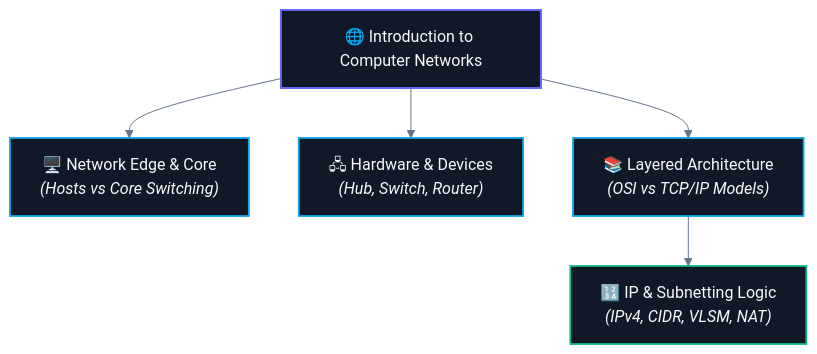
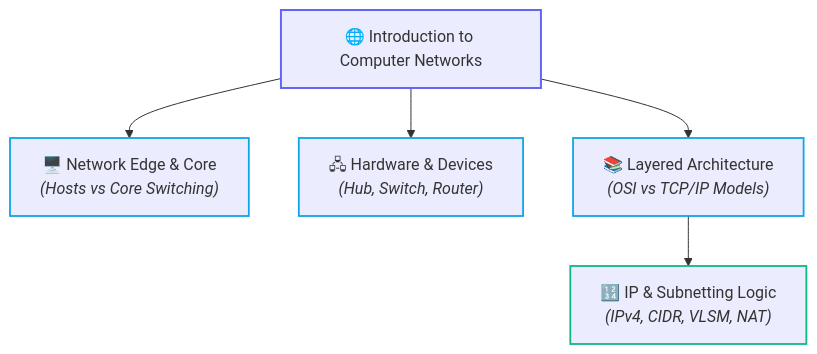
The fifth of 5 diagrams in CS/Computer Networking/01. Architecture & Fundamentals/01. Introduction to Computer Networks.md (abhinavbharti2345/CS_Notes), drawn with Mermaid before and after one commit. The commit also changed other lines of this file and 91 other files, not shown here.

````diff
--- a/CS/Computer Networking/01. Architecture & Fundamentals/01. Introduction to Computer Networks.md
+++ b/CS/Computer Networking/01. Architecture & Fundamentals/01. Introduction to Computer Networks.md
@@ -206,19 +199,18 @@
 ```mermaid
-%%{init: {'theme': 'base', 'themeVariables': { 'darkMode': true, 'background': '#0B0F14', 'mainBkg': '#111827', 'primaryColor': '#111827', 'primaryTextColor': '#F8FAFC', 'primaryBorderColor': '#38BDF8', 'lineColor': '#64748B', 'secondaryColor': '#0B0F14', 'tertiaryColor': '#0B0F14', 'clusterBkg': '#0B0F14', 'clusterBorder': '#38BDF8' }}}%%
 graph TD
     Intro["🌐 Introduction to Computer Networks"]
     
     Intro --> Edge["🖥️ Network Edge & Core<br><i>(Hosts vs Core Switching)</i>"]
     Intro --> HW["🖧 Hardware & Devices<br><i>(Hub, Switch, Router)</i>"]
     Intro --> Layers["📚 Layered Architecture<br><i>(OSI vs TCP/IP Models)</i>"]
     
     Layers --> IP["🔢 IP & Subnetting Logic<br><i>(IPv4, CIDR, VLSM, NAT)</i>"]
 
-    classDef main fill:#111827,stroke:#6366f1,stroke-width:2px,color:#F8FAFC;
-    classDef branch fill:#111827,stroke:#0ea5e9,stroke-width:1.8px,color:#F8FAFC;
-    classDef next fill:#111827,stroke:#10b981,stroke-width:1.8px,color:#F8FAFC;
+    classDef main stroke:#6366f1,stroke-width:2px;
+    classDef branch stroke:#0ea5e9,stroke-width:1.8px;
+    classDef next stroke:#10b981,stroke-width:1.8px;
 
     class Intro main;
     class Edge,HW,Layers branch;
     class IP next;
 ```
````
